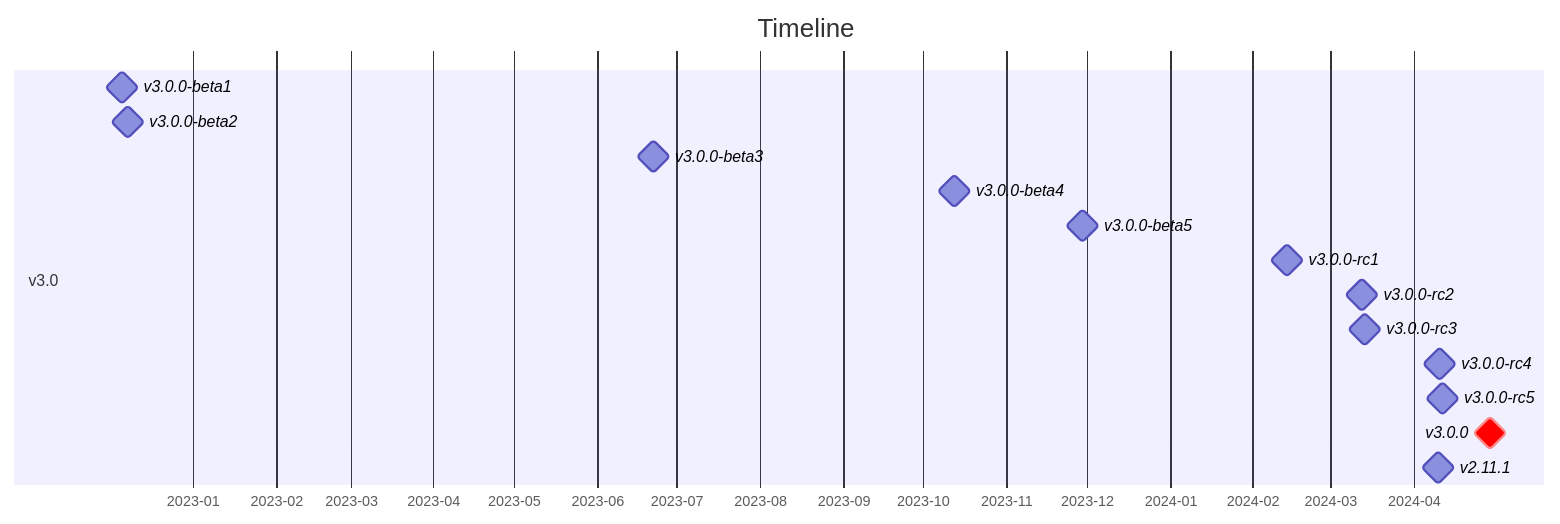
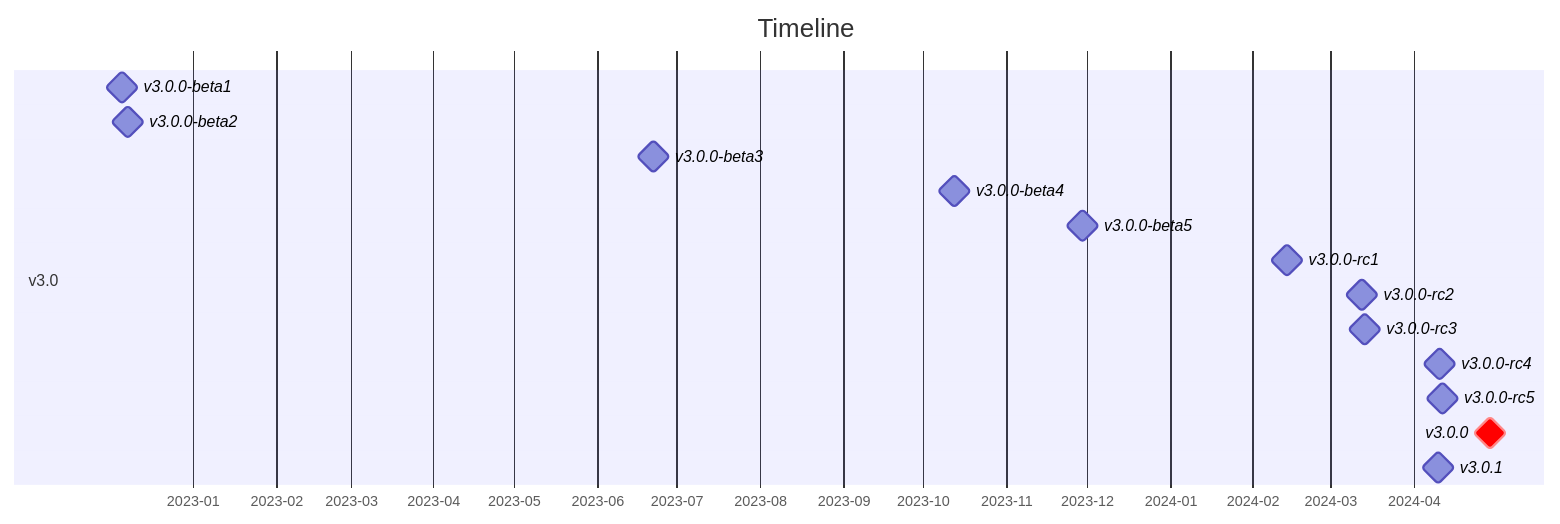
Before and after one commit to traefik-contrib/traefik-history: diagram 22 of 22 in readme.md, drawn with Mermaid.

Commit message:
fix: milestone name

````diff
--- a/readme.md
+++ b/readme.md
@@ -942,21 +942,21 @@
 ```mermaid
 gantt
     title Timeline
     todayMarker off
     tickInterval 1month
     axisFormat %Y-%m
     dateFormat YYYY-MM-DD HH:mm:ss
     section v3.0
         v3.0.0-beta1: milestone, 2022-12-05 16:58:04, 0d
         v3.0.0-beta2: milestone, 2022-12-07 17:26:04, 0d
         v3.0.0-beta3: milestone, 2023-06-22 01:18:05, 0d
         v3.0.0-beta4: milestone, 2023-10-12 09:48:05, 0d
         v3.0.0-beta5: milestone, 2023-11-29 16:08:05, 0d
         v3.0.0-rc1: milestone, 2024-02-13 14:38:03, 0d
         v3.0.0-rc2: milestone, 2024-03-12 15:18:04, 0d
         v3.0.0-rc3: milestone, 2024-03-13 16:46:04, 0d
         v3.0.0-rc4: milestone, 2024-04-10 16:34:03, 0d
         v3.0.0-rc5: milestone, 2024-04-11 18:24:03, 0d
         v3.0.0: crit, milestone, 2024-04-29 16:06:04, 0d
-        v2.11.1: milestone, 2024-04-10 11:52:03, 0d
+        v3.0.1: milestone, 2024-04-10 11:52:03, 0d
 ```
````
